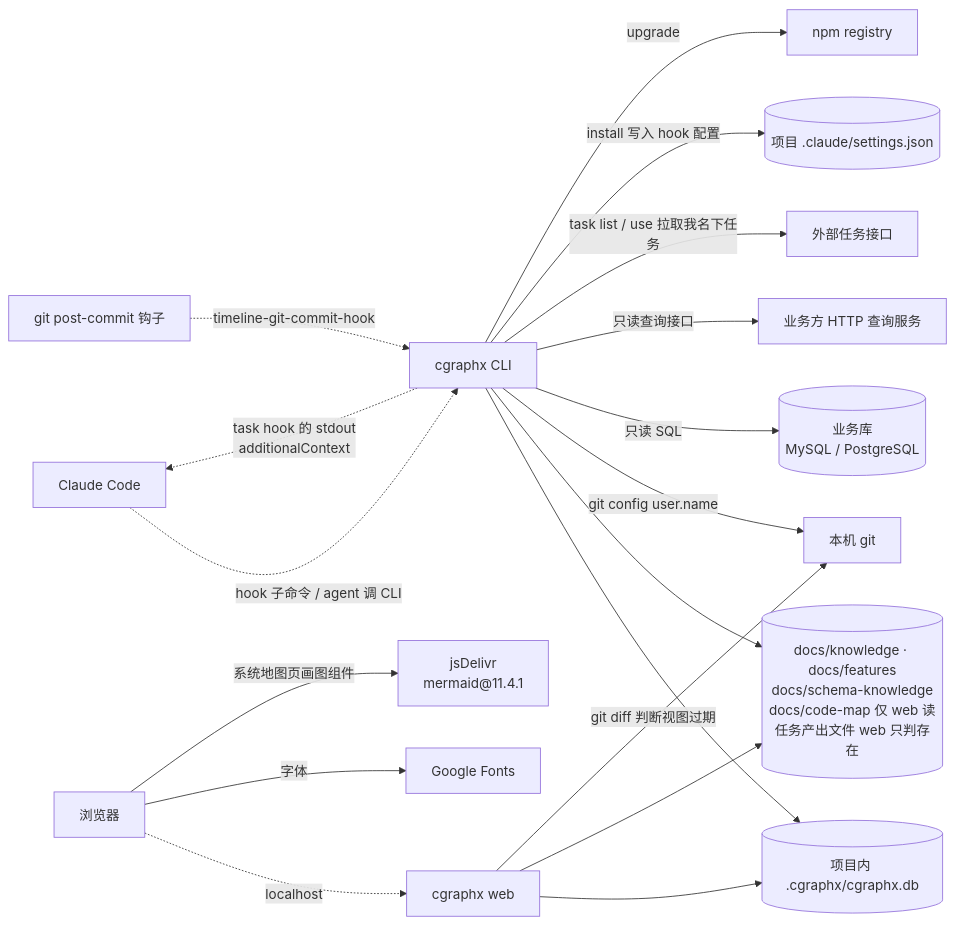
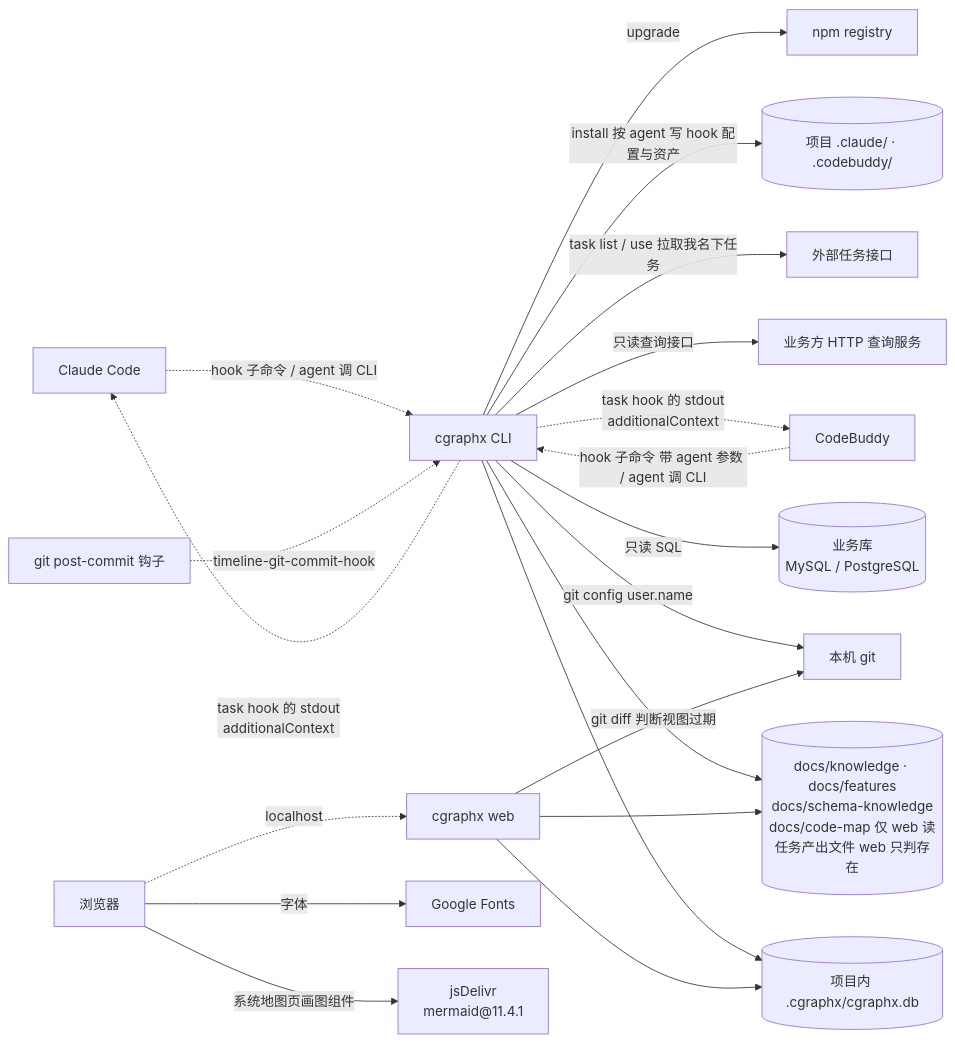
The diagram in docs/code-map/系统交互.md (smdnkB/cgraphx), drawn with Mermaid before and after one commit. The commit also changed other lines of this file and 5 other files, not shown here.

First line of the commit message:
docs: 多 agent 适配知识沉淀 + 刷新代码地图

````diff
--- a/docs/code-map/系统交互.md
+++ b/docs/code-map/系统交互.md
@@ -46,20 +76,22 @@
 ```mermaid
 flowchart LR
   cc[Claude Code] -. hook 子命令 / agent 调 CLI .-> cli[cgraphx CLI]
+  cb[CodeBuddy] -. hook 子命令 带 agent 参数 / agent 调 CLI .-> cli
   cli -. task hook 的 stdout<br/>additionalContext .-> cc
+  cli -. task hook 的 stdout<br/>additionalContext .-> cb
   githook[git post-commit 钩子] -. timeline-git-commit-hook .-> cli
   browser[浏览器] -. localhost .-> web[cgraphx web]
   cli --> sqlite[(项目内 .cgraphx/cgraphx.db)]
   web --> sqlite
   cli --> files[(docs/knowledge · docs/features<br/>docs/schema-knowledge<br/>docs/code-map 仅 web 读<br/>任务产出文件 web 只判存在)]
   web --> files
   cli -- git config user.name --> git[本机 git]
   web -- git diff 判断视图过期 --> git
   cli -- 只读 SQL --> biz[(业务库<br/>MySQL / PostgreSQL)]
   cli -- 只读查询接口 --> httpq[业务方 HTTP 查询服务]
   cli -- task list / use 拉取我名下任务 --> taskapi[外部任务接口]
-  cli -- install 写入 hook 配置 --> settings[(项目 .claude/settings.json)]
+  cli -- install 按 agent 写 hook 配置与资产 --> settings[(项目 .claude/ · .codebuddy/)]
   cli -- upgrade --> npm[npm registry]
   browser -- 字体 --> gfonts[Google Fonts]
   browser -- 系统地图页画图组件 --> cdn["jsDelivr<br/>mermaid@11.4.1"]
 ```
````
